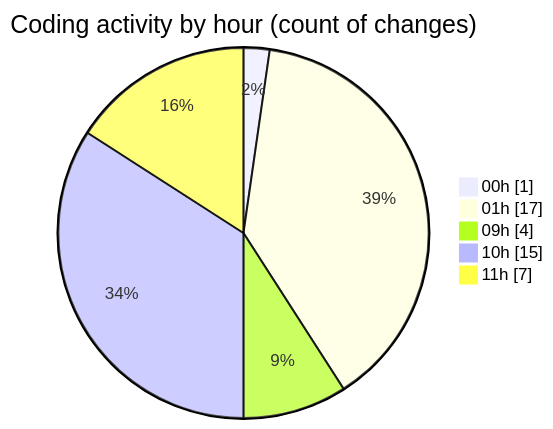
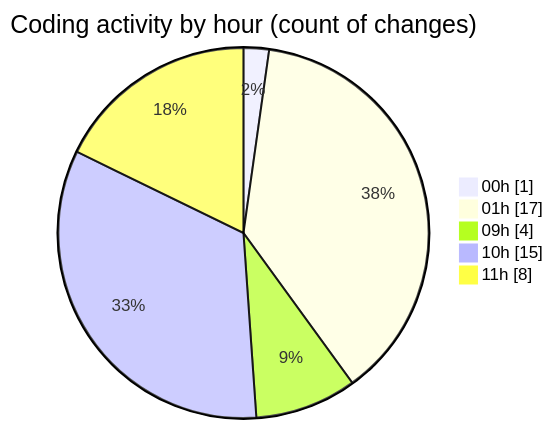
Before and after one commit to julien-gomy/code-tracking: the second of 2 diagrams in 2025-11-01/cdp_aleoudev_fr__workspace_/README.md, drawn with Mermaid. The commit also changed other lines of this file and 1 other file, not shown here.

````diff
--- a/2025-11-01/cdp_aleoudev_fr__workspace_/README.md
+++ b/2025-11-01/cdp_aleoudev_fr__workspace_/README.md
@@ -33,9 +33,9 @@
 ```mermaid
 pie showData
 title Coding activity by hour (count of changes)
 "00h" : 1
 "01h" : 17
 "09h" : 4
 "10h" : 15
-"11h" : 7
+"11h" : 8
 ```
````
